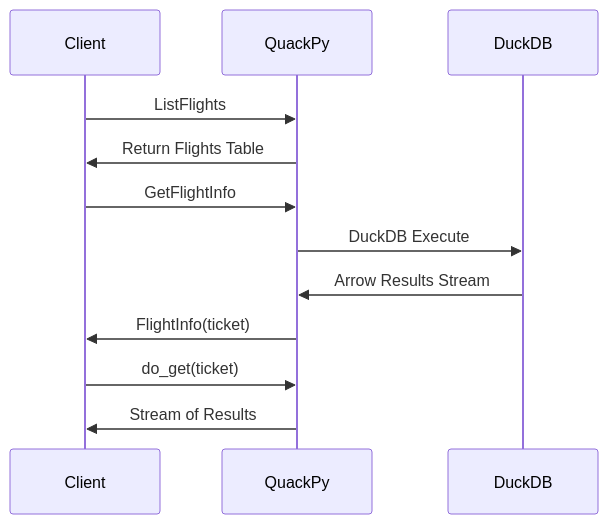
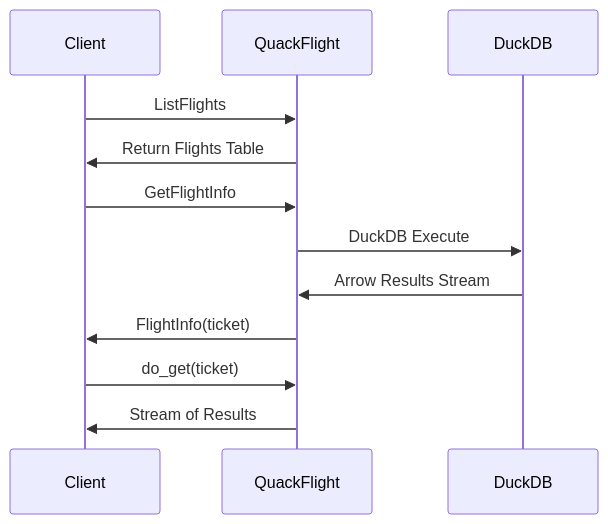
One commit to quackscience/quackflight changed the diagram in README.md. Above: the diagram before and after it, drawn with Mermaid. The commit also changed other lines of this file, not shown here.

````diff
--- a/README.md
+++ b/README.md
@@ -161,18 +161,18 @@
 ```mermaid
 
 sequenceDiagram
     participant Client
-    participant QuackPy
+    participant QuackFlight
     participant DuckDB
 
 
-    Client ->> QuackPy: ListFlights
-    QuackPy ->> Client: Return Flights Table
-    Client ->> QuackPy: GetFlightInfo
-    QuackPy ->> DuckDB: DuckDB Execute
-    DuckDB ->> QuackPy: Arrow Results Stream
-    QuackPy ->> Client: FlightInfo(ticket)
-    Client ->> QuackPy: do_get(ticket)
-    QuackPy ->> Client: Stream of Results
+    Client ->> QuackFlight: ListFlights
+    QuackFlight ->> Client: Return Flights Table
+    Client ->> QuackFlight: GetFlightInfo
+    QuackFlight ->> DuckDB: DuckDB Execute
+    DuckDB ->> QuackFlight: Arrow Results Stream
+    QuackFlight ->> Client: FlightInfo(ticket)
+    Client ->> QuackFlight: do_get(ticket)
+    QuackFlight ->> Client: Stream of Results
 
 ```
````
